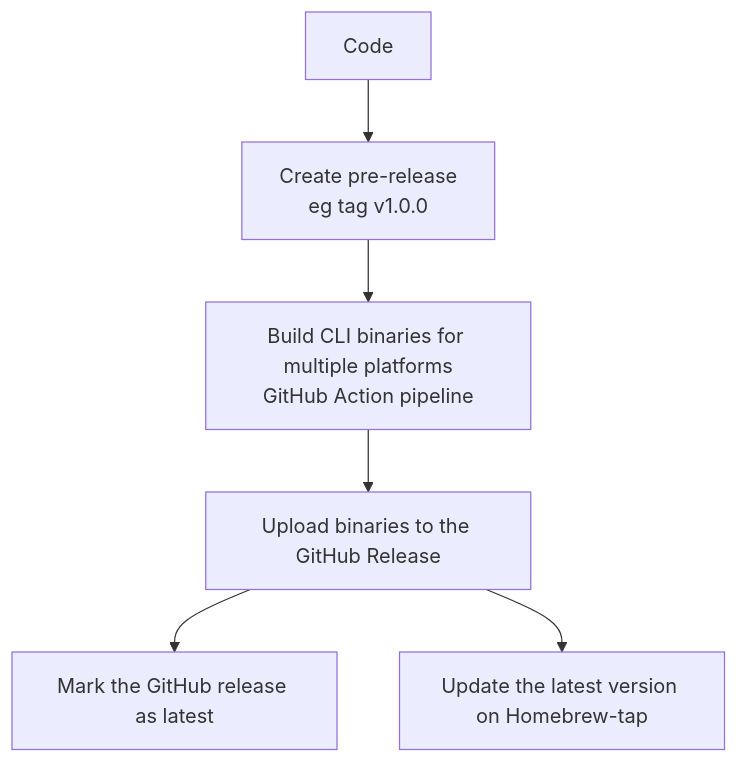
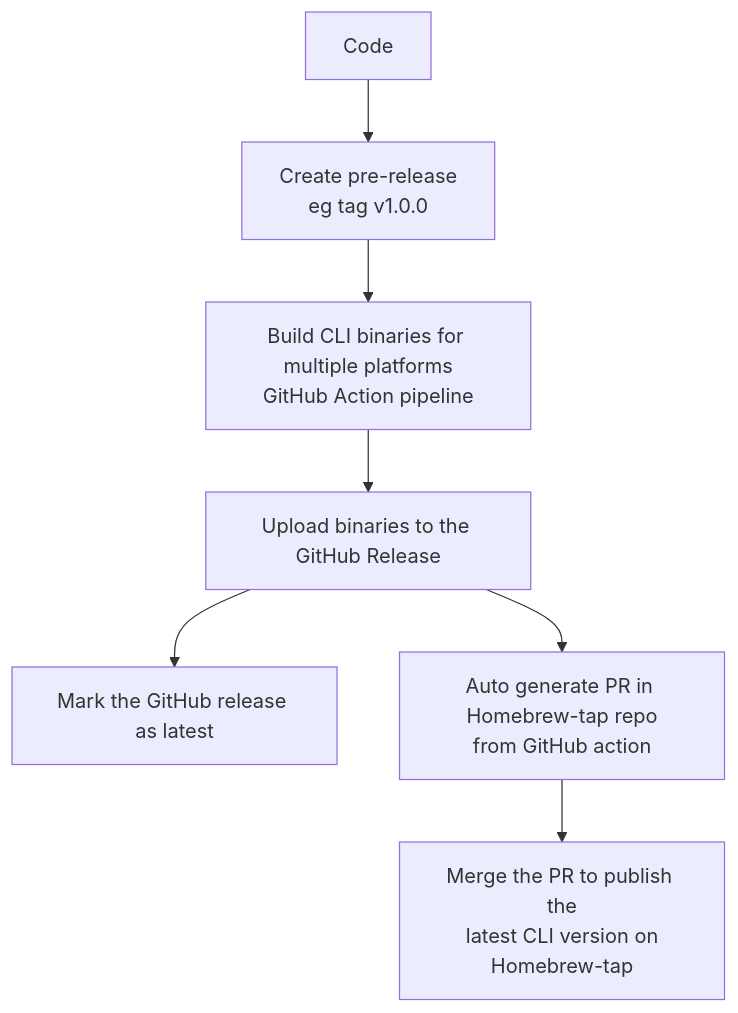
The third of 3 diagrams in .github/workflows/README.md (nonfx/terrarium), drawn with Mermaid before and after one commit. The commit also changed other lines of this file, not shown here.

````diff
--- a/.github/workflows/README.md
+++ b/.github/workflows/README.md
@@ -50,8 +50,9 @@
 ```mermaid
 flowchart TD
   Code --> PR["Create pre-release\neg tag v1.0.0"]
   PR --> A["Build CLI binaries for multiple platforms\nGitHub Action pipeline"]
   A --> U["Upload binaries to the GitHub Release"]
   U --> GHL["Mark the GitHub release as latest"]
-  U --> HBL["Update the latest version on Homebrew-tap"]
+  U --> HBA["Auto generate PR in Homebrew-tap repo\nfrom GitHub action"]
+  HBA --> HBL["Merge the PR to publish the\n latest CLI version on Homebrew-tap"]
 ```
````
